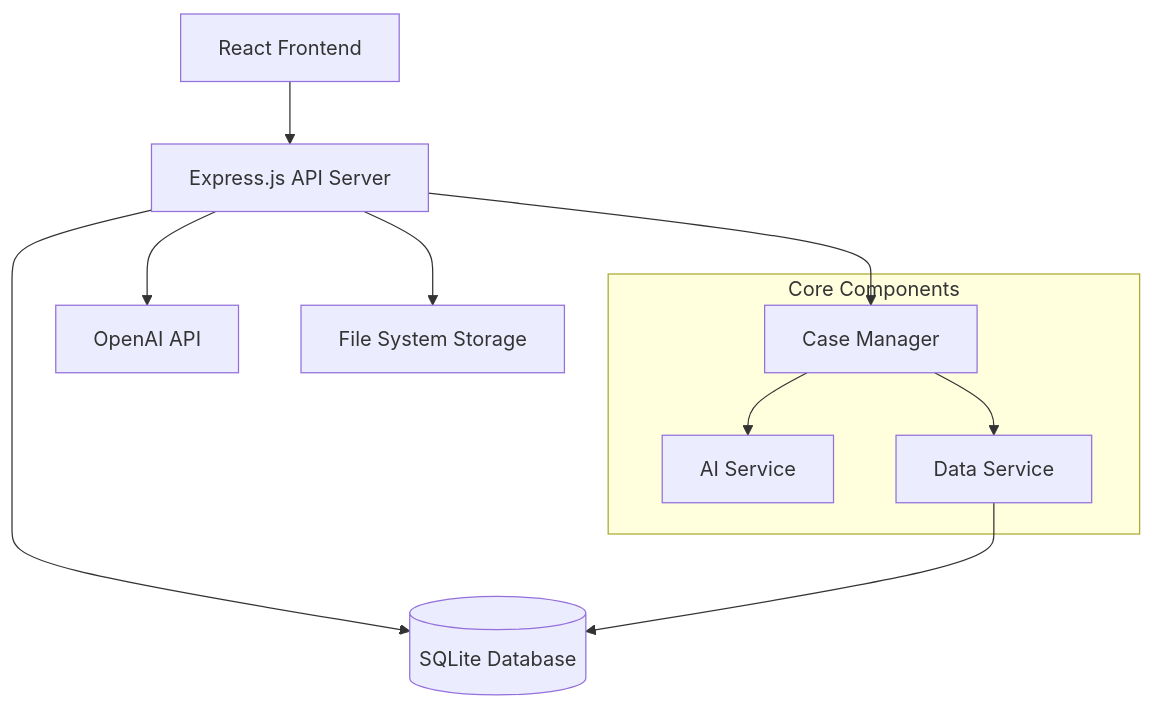
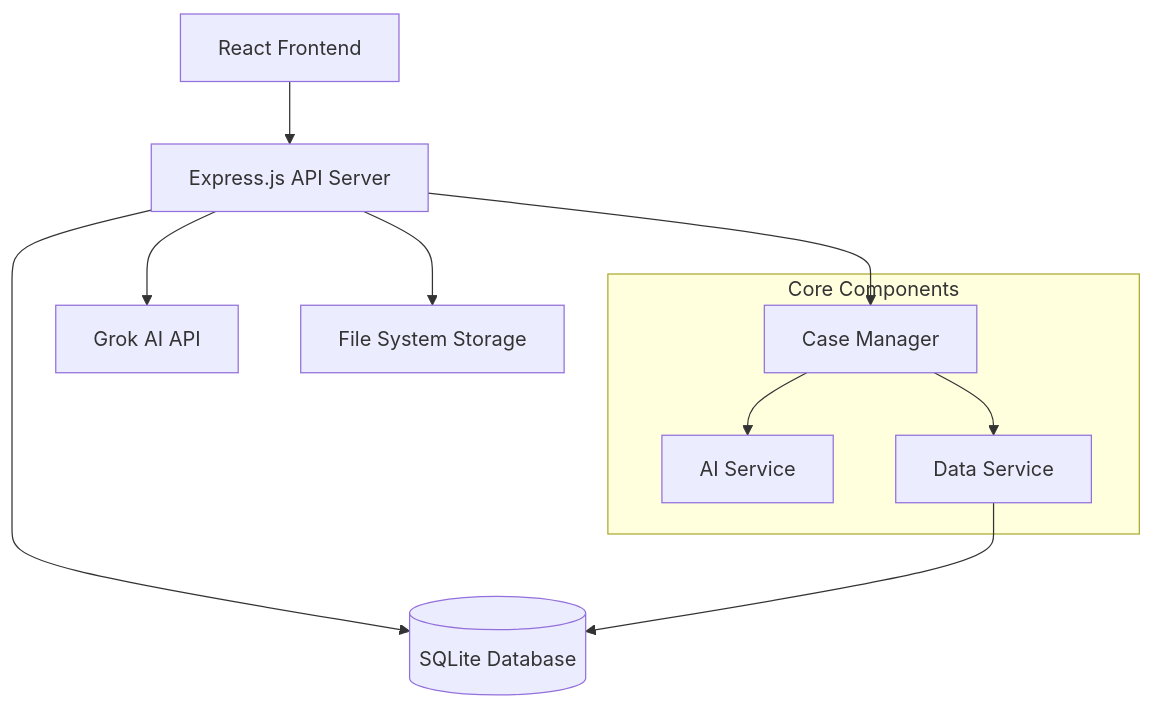
The diagram in .kiro/specs/ai-case-management/design.md (AStandal/cm-mvp), drawn with Mermaid before and after one commit. The commit also changed other lines of this file and 4 other files, not shown here.

````diff
--- a/.kiro/specs/ai-case-management/design.md
+++ b/.kiro/specs/ai-case-management/design.md
@@ -18,18 +18,18 @@
 ```mermaid
 graph TB
     UI[React Frontend] --> API[Express.js API Server]
     API --> DB[(SQLite Database)]
-    API --> AI[OpenAI API]
+    API --> AI[Grok AI API]
     API --> FS[File System Storage]
     
     subgraph "Core Components"
         CM[Case Manager]
         AS[AI Service]
         DS[Data Service]
     end
     
     API --> CM
     CM --> AS
     CM --> DS
     DS --> DB
 ```
````
